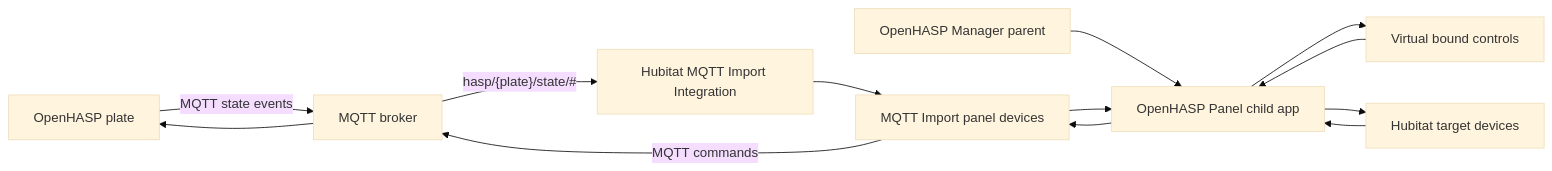
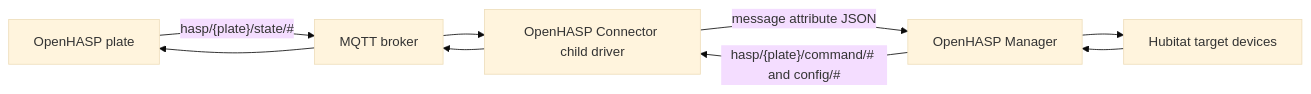
Before and after one commit to NichUK/Hubitat-OpenHASP: the diagram in docs/developer.md, drawn with Mermaid (base theme). The commit also changed other lines of this file and 12 other files, not shown here.

Commit message:
Add direct OpenHASP MQTT connector

````diff
--- a/docs/developer.md
+++ b/docs/developer.md
@@ -15,15 +7,11 @@
 ```mermaid
 flowchart LR
-    OpenHASP["OpenHASP plate"] -->|"MQTT state events"| Broker["MQTT broker"]
-    Broker -->|"hasp/{plate}/state/#"| Import["Hubitat MQTT Import Integration"]
-    Import --> PanelDevices["MQTT Import panel devices"]
-    Manager["OpenHASP Manager parent"] --> Panel["OpenHASP Panel child app"]
-    PanelDevices --> Panel
-    Panel --> Controls["Virtual bound controls"]
-    Controls --> Panel
-    Panel --> Targets["Hubitat target devices"]
-    Targets --> Panel
-    Panel --> PanelDevices
-    PanelDevices -->|"MQTT commands"| Broker
+    OpenHASP["OpenHASP plate"] -->|"hasp/{plate}/state/#"| Broker["MQTT broker"]
+    Broker --> Connector["OpenHASP Connector child driver"]
+    Connector -->|"message attribute JSON"| Manager["OpenHASP Manager"]
+    Manager --> Targets["Hubitat target devices"]
+    Targets --> Manager
+    Manager -->|"hasp/{plate}/command/# and config/#"| Connector
+    Connector --> Broker
     Broker --> OpenHASP
 ```
````
